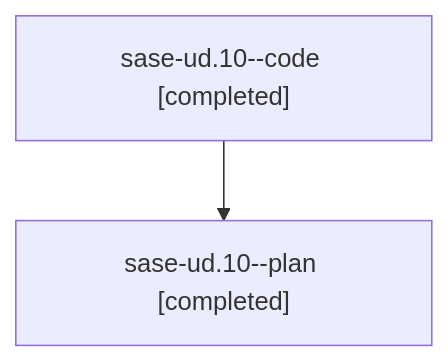
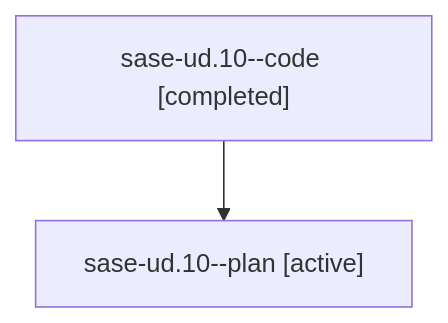
One commit to sase-org/sase--agents changed the diagram in families/bbugyi200.athena.sase-ud.10.md. Above: the diagram before and after it, drawn with Mermaid. The commit also changed other lines of this file and 35830 other files, not shown here.

````diff
--- a/families/bbugyi200.athena.sase-ud.10.md
+++ b/families/bbugyi200.athena.sase-ud.10.md
@@ -9,6 +9,6 @@
 ```mermaid
 flowchart TD
   n0["sase-ud.10--code [completed]"]
-  n1["sase-ud.10--plan [completed]"]
+  n1["sase-ud.10--plan [active]"]
   n0 --> n1
 ```
````
